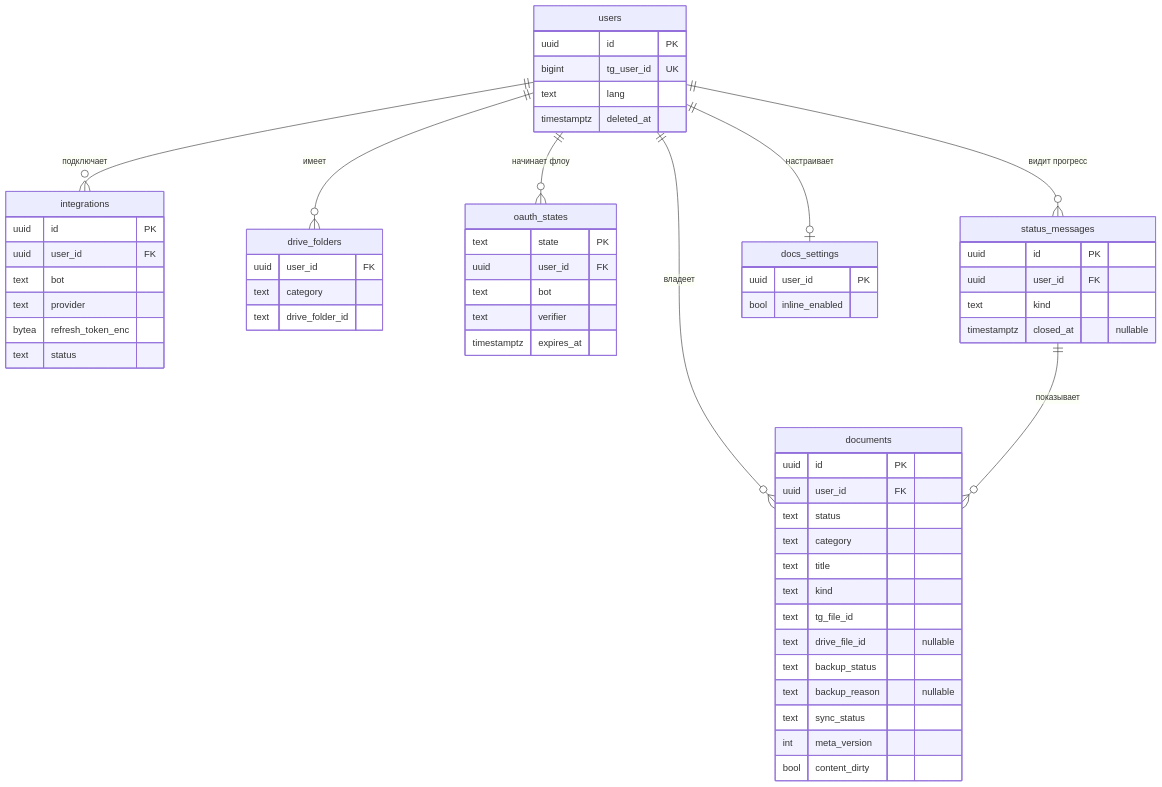
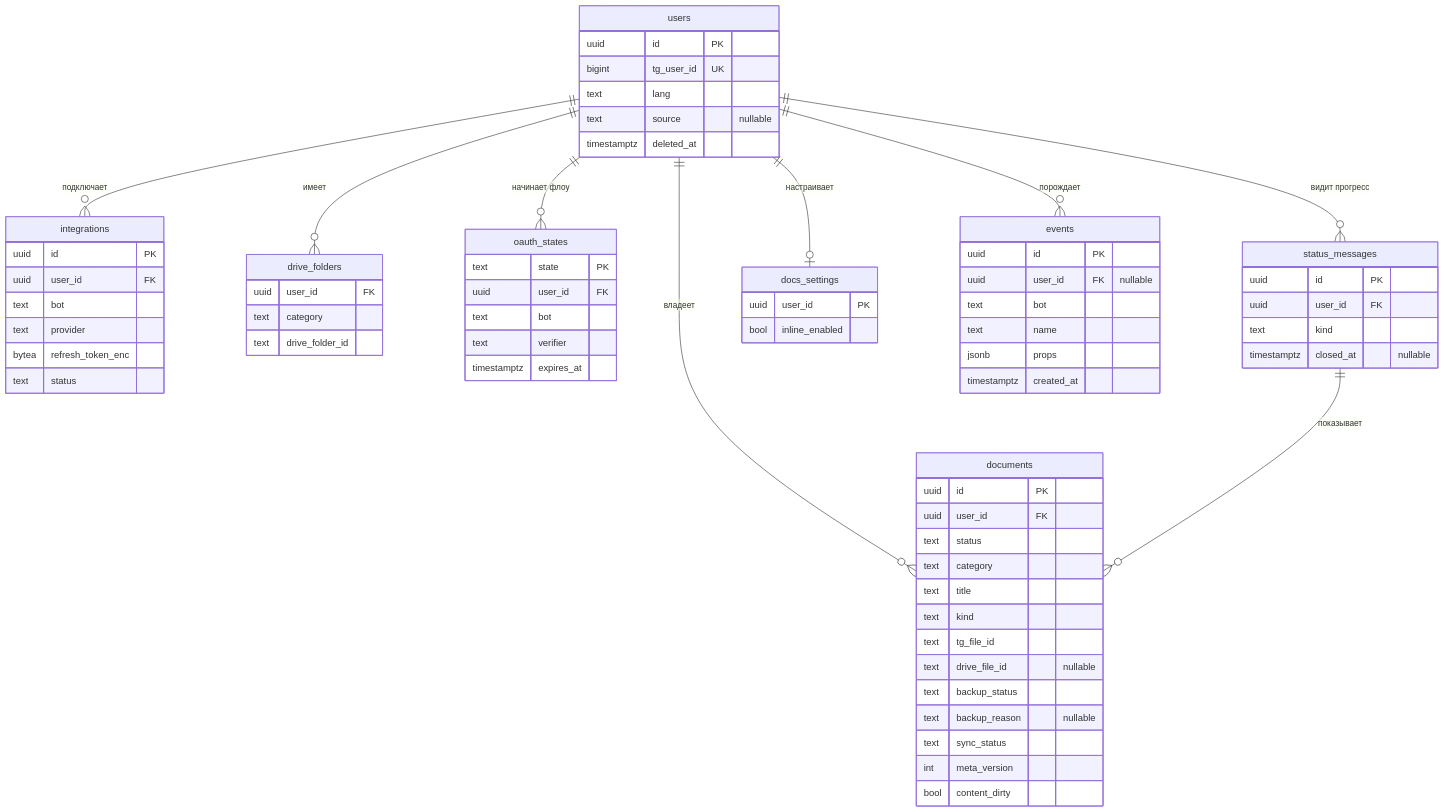
Before and after one commit to alexe0110/most-app: the diagram in docs/model.md, drawn with Mermaid. The commit also changed other lines of this file and 4 other files, not shown here.

First line of the commit message:
feat(db): add events table and users.source

````diff
--- a/docs/model.md
+++ b/docs/model.md
@@ -26,62 +27,72 @@
 ```mermaid
 erDiagram
     users ||--o{ integrations : "подключает"
     users ||--o{ documents : "владеет"
     users ||--o{ drive_folders : "имеет"
     users ||--o{ oauth_states : "начинает флоу"
     users ||--o{ status_messages : "видит прогресс"
     users ||--o| docs_settings : "настраивает"
+    users ||--o{ events : "порождает"
     status_messages ||--o{ documents : "показывает"
 
     users {
         uuid id PK
         bigint tg_user_id UK
         text lang
+        text source "nullable"
         timestamptz deleted_at
     }
     integrations {
         uuid id PK
         uuid user_id FK
         text bot
         text provider
         bytea refresh_token_enc
         text status
     }
     oauth_states {
         text state PK
         uuid user_id FK
         text bot
         text verifier
         timestamptz expires_at
     }
     documents {
         uuid id PK
         uuid user_id FK
         text status
         text category
         text title
         text kind
         text tg_file_id
         text drive_file_id "nullable"
         text backup_status
         text backup_reason "nullable"
         text sync_status
         int meta_version
         bool content_dirty
     }
     status_messages {
         uuid id PK
         uuid user_id FK
         text kind
         timestamptz closed_at "nullable"
     }
     docs_settings {
         uuid user_id PK
         bool inline_enabled
     }
+    events {
+        uuid id PK
+        uuid user_id FK "nullable"
+        text bot
+        text name
+        jsonb props
+        timestamptz created_at
+    }
     drive_folders {
         uuid user_id FK
         text category
         text drive_folder_id
     }
 ```
````
